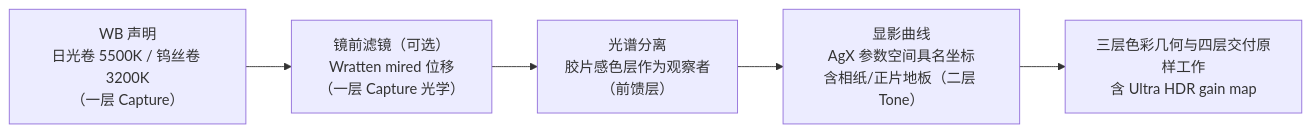
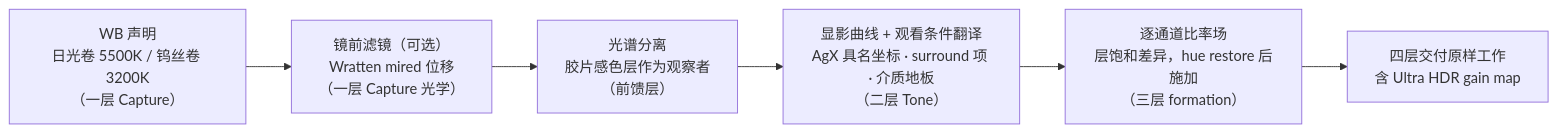
One commit to deadwood1998/dngscan changed the third of 3 diagrams in docs/ARCHITECTURE.zh-CN.md. Above: the diagram before and after it, drawn with Mermaid. The commit also changed other lines of this file and 5 other files, not shown here.

````diff
--- a/docs/ARCHITECTURE.zh-CN.md
+++ b/docs/ARCHITECTURE.zh-CN.md
@@ -673,9 +716,10 @@
 ```mermaid
 flowchart LR
     D1["WB 声明<br/>日光卷 5500K / 钨丝卷 3200K<br/>（一层 Capture）"]
     D2["镜前滤镜（可选）<br/>Wratten mired 位移<br/>（一层 Capture 光学）"]
     D3["光谱分离<br/>胶片感色层作为观察者<br/>（前馈层）"]
-    D4["显影曲线<br/>AgX 参数空间具名坐标<br/>含相纸/正片地板（二层 Tone）"]
-    D1 --> D2 --> D3 --> D4
-    D4 --> OUT["三层色彩几何与四层交付原样工作<br/>含 Ultra HDR gain map"]
+    D4["显影曲线 + 观看条件翻译<br/>AgX 具名坐标 · surround 项 · 介质地板<br/>（二层 Tone）"]
+    D5["逐通道比率场<br/>层饱和差异，hue restore 后施加<br/>（三层 formation）"]
+    D1 --> D2 --> D3 --> D4 --> D5
+    D5 --> OUT["四层交付原样工作<br/>含 Ultra HDR gain map"]
 ```
````
